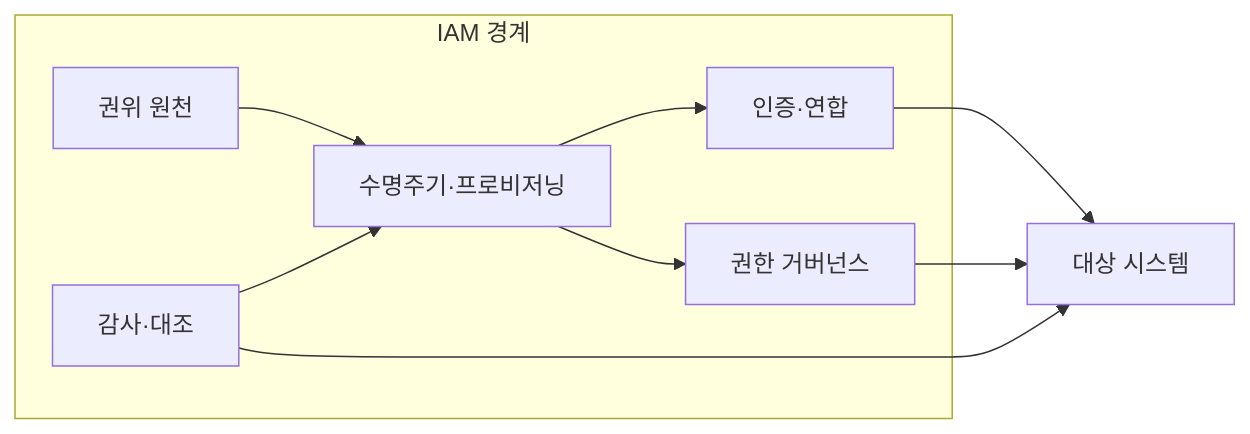
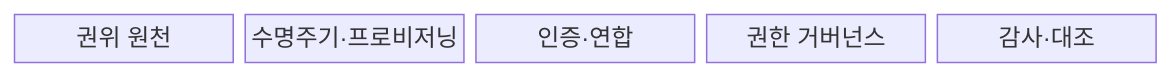
The first of 2 diagrams in src/content/docs/notes/05-security/061_iam.md (agnusdei1207/knowledge-base), drawn with Mermaid before and after one commit. The commit also changed other lines of this file and 5 other files, not shown here.

````diff
--- a/src/content/docs/notes/05-security/061_iam.md
+++ b/src/content/docs/notes/05-security/061_iam.md
@@ -59,12 +61,9 @@
 ```mermaid
-flowchart LR
-    subgraph IAM[IAM 경계]
-        A[권위 원천] --> B[수명주기·프로비저닝]
-        B --> C[인증·연합]
-        B --> D[권한 거버넌스]
-        F[감사·대조] --> B
-    end
-    C --> E[대상 시스템]
-    D --> E
-    F --> E
+block-beta
+  columns 5
+  A["권위 원천"]
+  B["수명주기·프로비저닝"]
+  C["인증·연합"]
+  D["권한 거버넌스"]
+  E["감사·대조"]
 ```
````
